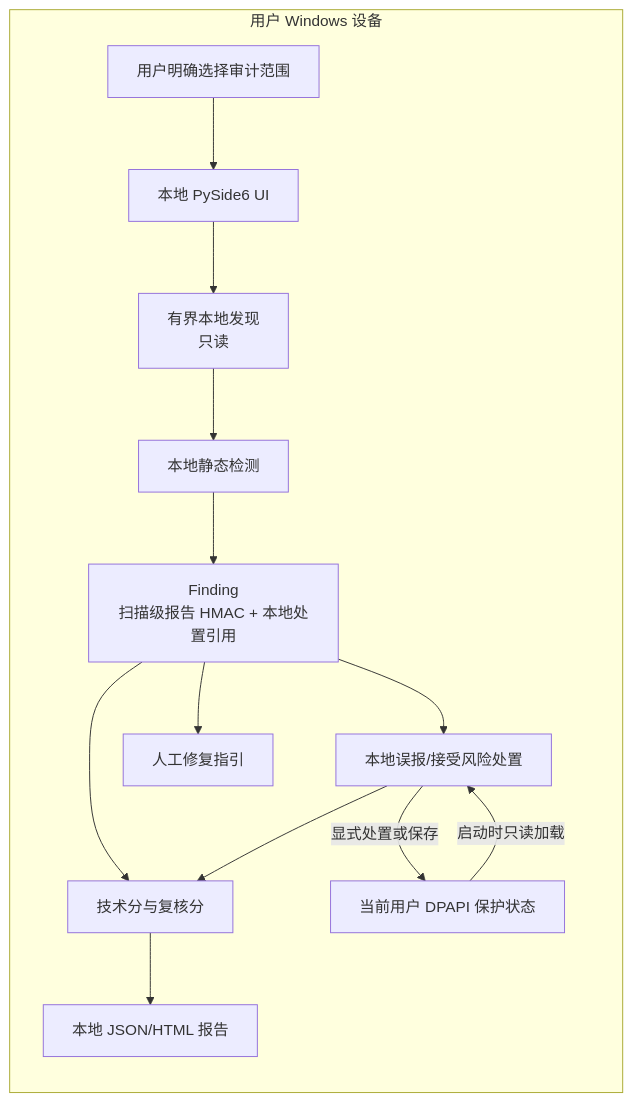
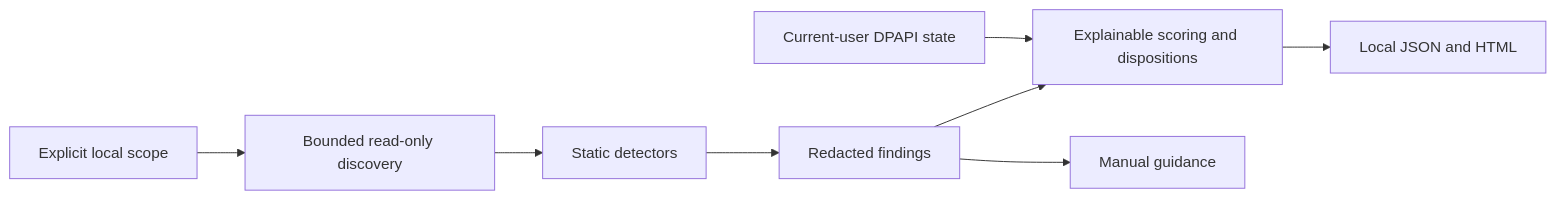
Before and after one commit to yangjing6213-dev/AgentGuardian: the diagram in docs/architecture.md, drawn with Mermaid. The commit also changed other lines of this file and 14 other files, not shown here.

````diff
--- a/docs/architecture.md
+++ b/docs/architecture.md
@@ -7,26 +15,10 @@
 ```mermaid
 flowchart LR
-    subgraph Device[用户 Windows 设备]
-        Scope[用户明确选择审计范围]
-        UI[本地 PySide6 UI]
-        Discover[有界本地发现\n只读]
-        Detect[本地静态检测]
-        Findings[Finding\n扫描级报告 HMAC + 本地处置引用]
-        Score[技术分与复核分]
-        Report[本地 JSON/HTML 报告]
-        Disposition[本地误报/接受风险处置]
-        State[当前用户 DPAPI 保护状态]
-        Guidance[人工修复指引]
-        Scope --> UI
-        UI --> Discover
-        Discover --> Detect
-        Detect --> Findings
-        Findings --> Score
-        Score --> Report
-        Findings --> Disposition
-        State -->|启动时只读加载| Disposition
-        Disposition -->|显式处置或保存| State
-        Disposition --> Score
-        Findings --> Guidance
-    end
+    Scope[Explicit local scope] --> Discover[Bounded read-only discovery]
+    Discover --> Detect[Static detectors]
+    Detect --> Findings[Redacted findings]
+    Findings --> Score[Explainable scoring and dispositions]
+    Score --> Reports[Local JSON and HTML]
+    Findings --> Guidance[Manual guidance]
+    State[Current-user DPAPI state] --> Score
 ```
````
